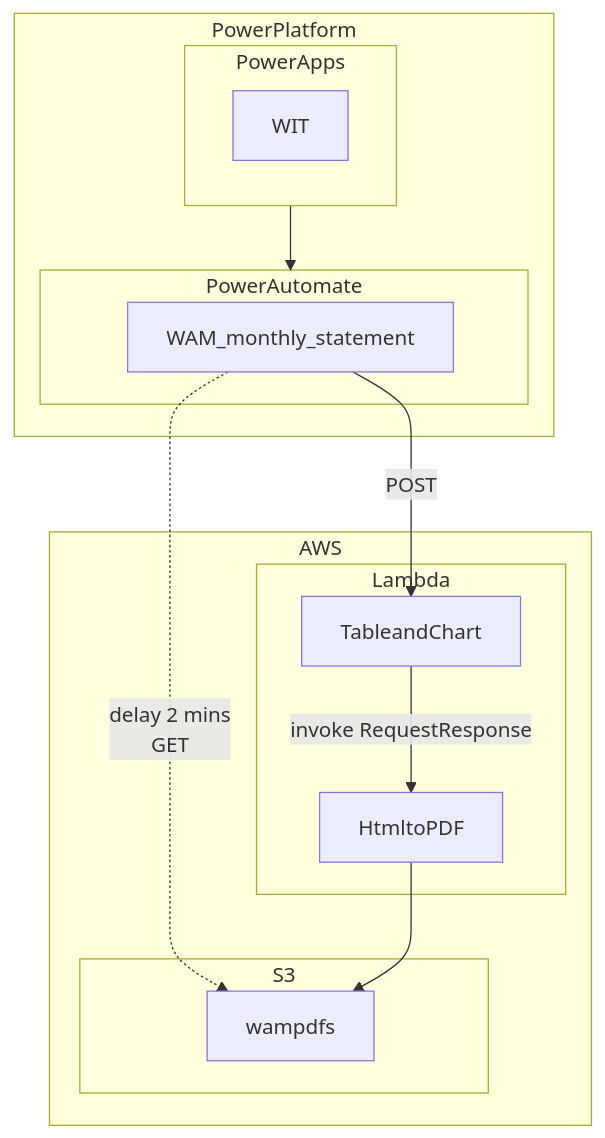
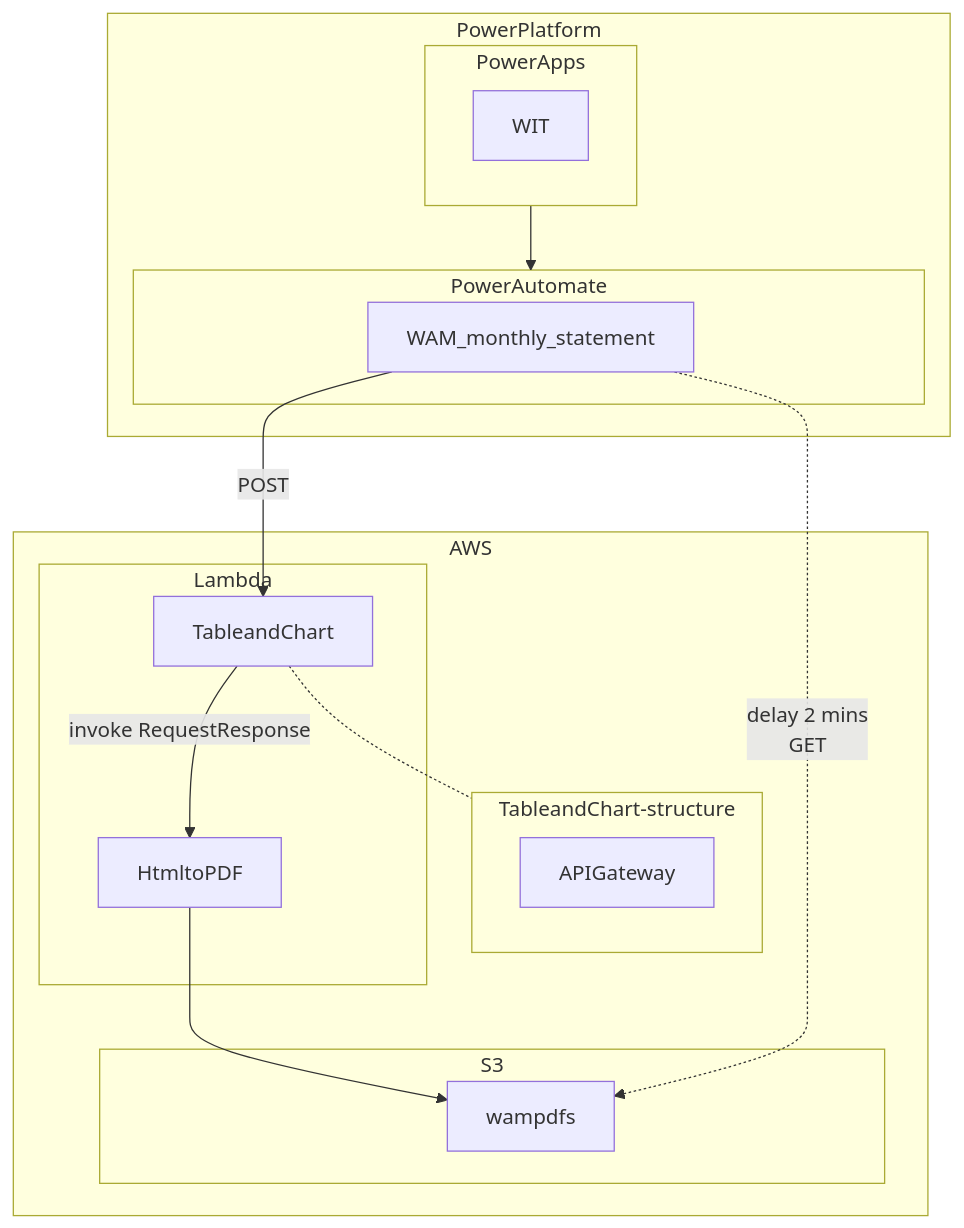
Before and after one commit to chienhsiang-hung/blog: the diagram in content/posts/2023/draft - aws making consolidated report/index.md, drawn with Mermaid. The commit also changed other lines of this file, not shown here.

```diff
--- a/content/posts/2023/draft - aws making consolidated report/index.md
+++ b/content/posts/2023/draft - aws making consolidated report/index.md
@@ -14,28 +15,31 @@
 {{< mermaid >}}
 flowchart TD
   subgraph PowerPlatform
     subgraph PowerApps
       WIT
     end
     PowerApps --> PowerAutomate
     subgraph PowerAutomate
       WAM_monthly_statement
     end
   end
   
   WAM_monthly_statement -- "POST" --> TableandChart
   WAM_monthly_statement -. "delay 2 mins <br>GET" .-> wampdfs
 
   subgraph AWS
     subgraph Lambda
       TableandChart -- "invoke RequestResponse" --> HtmltoPDF
     end
+    TableandChart -.- TableandChart-structure
+    subgraph TableandChart-structure
+      APIGateway
+    end
+
     HtmltoPDF --> wampdfs
+
     subgraph S3
       wampdfs
     end
   end
-    
-
-    
 {{< /mermaid >}}
```
